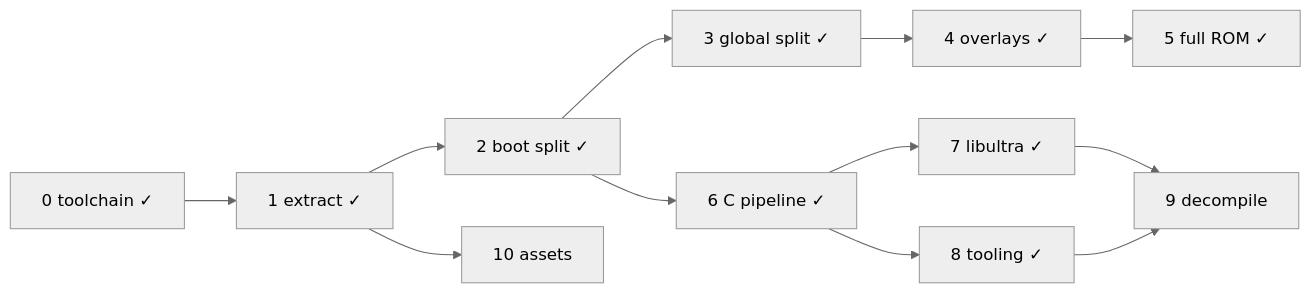
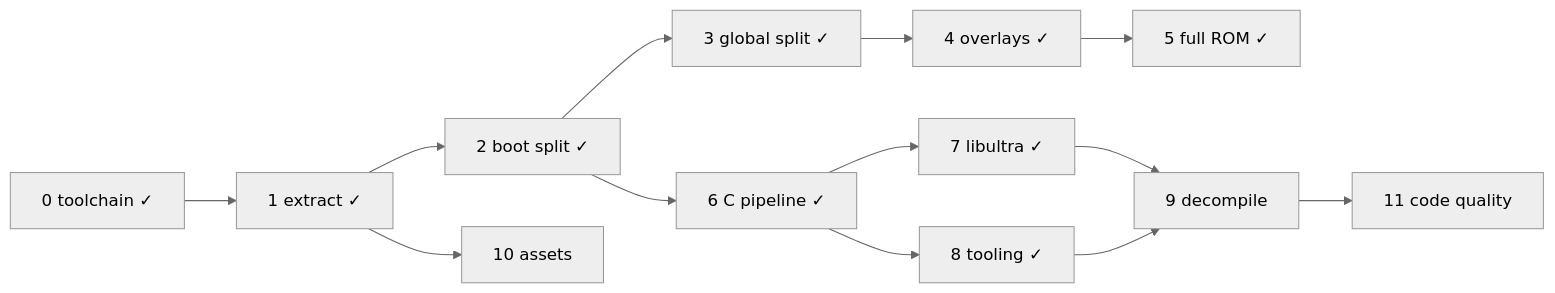
Before and after one commit to Unstripped/decomp_dk64: the diagram in ROADMAP.md, drawn with Mermaid (neutral theme). The commit also changed other lines of this file and 4 other files, not shown here.

Commit message:
cleanup-unit skill: pilot lessons (header field users, knowledge before record, carry after renames, permute early zero); ROADMAP 11: code quality

````diff
--- a/ROADMAP.md
+++ b/ROADMAP.md
@@ -126,7 +151,8 @@
 ```mermaid
 graph LR
   C0[0 toolchain ✓] --> C1[1 extract ✓] --> C2[2 boot split ✓] --> C3[3 global split ✓] --> C4[4 overlays ✓] --> C5[5 full ROM ✓]
   C2 --> C6[6 C pipeline ✓] --> C7[7 libultra ✓] --> C9[9 decompile]
   C6 --> C8[8 tooling ✓] --> C9
   C1 --> C10[10 assets]
+  C9 --> C11[11 code quality]
 ```
````
